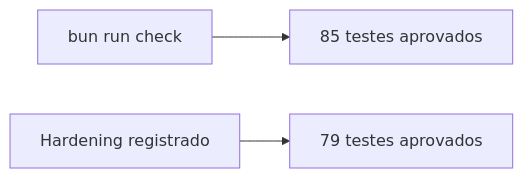
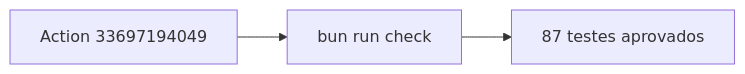
The seventh of 7 diagrams in evidencias/testes-unitarios.md (renansko/jugle-gaming-test), drawn with Mermaid before and after one commit. The commit also changed other lines of this file and 11 other files, not shown here.

````diff
--- a/evidencias/testes-unitarios.md
+++ b/evidencias/testes-unitarios.md
@@ -83,5 +83,5 @@
 ```mermaid
 flowchart LR
-    Command["bun run check"] --> Current["85 testes aprovados"]
-    Baseline["Hardening registrado"] --> Result["79 testes aprovados"]
+    Action["Action 33697194049"] --> Command["bun run check"]
+    Command --> Result["87 testes aprovados"]
 ```
````
